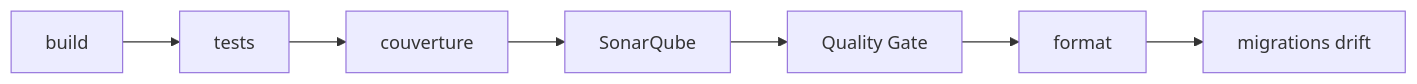
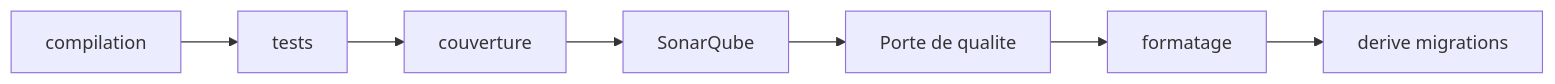
One commit to BAYRYO/AdvancedDevSample changed the second of 2 diagrams in docs/cicd.md. Above: the diagram before and after it, drawn with Mermaid. The commit also changed other lines of this file and 9 other files, not shown here.

Commit message:
docs: Update documentation for clarity and completeness; enhance API, CI/CD, and operations sections with diagrams and detailed descriptions

````diff
--- a/docs/cicd.md
+++ b/docs/cicd.md
@@ -38,9 +44,9 @@
 ```mermaid
 flowchart LR
-  B[build] --> T[tests]
+  B[compilation] --> T[tests]
   T --> C[couverture]
   C --> SQ[SonarQube]
-  SQ --> QG[Quality Gate]
-  QG --> F[format]
-  F --> M[migrations drift]
+  SQ --> QG[Porte de qualite]
+  QG --> F[formatage]
+  F --> M[derive migrations]
 ```
````
